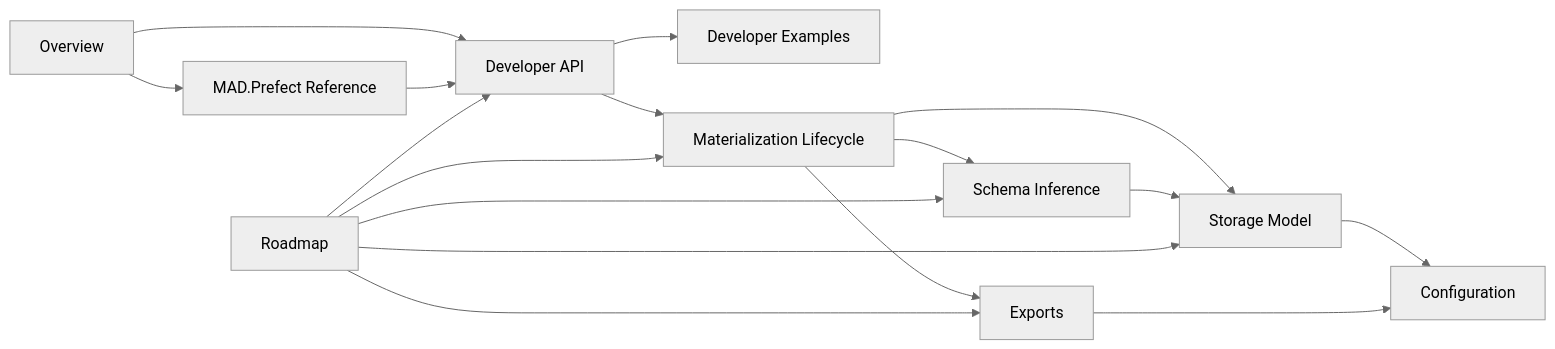
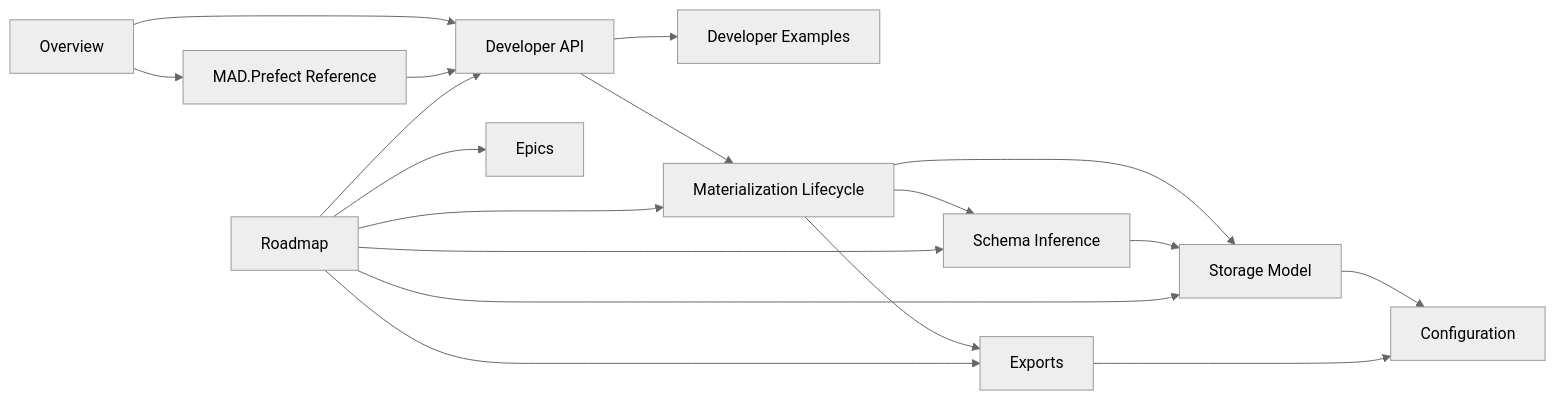
One commit to RFARQ3/assquack changed the diagram in docs/README.md. Above: the diagram before and after it, drawn with Mermaid (neutral theme). The commit also changed other lines of this file and 25 other files, not shown here.

Commit message:
docs(assquack): define MVP architecture and agent workflows

````diff
--- a/docs/README.md
+++ b/docs/README.md
@@ -29,19 +31,20 @@
 ```mermaid
 flowchart LR
   Overview[Overview] --> DeveloperAPI[Developer API]
   DeveloperAPI --> DeveloperExamples[Developer Examples]
   DeveloperAPI --> Materialization[Materialization Lifecycle]
   Materialization --> SchemaInference[Schema Inference]
   Materialization --> StorageModel[Storage Model]
   Materialization --> Exports[Exports]
   SchemaInference --> StorageModel
   StorageModel --> Configuration[Configuration]
   Exports --> Configuration
   Overview --> MADPrefect[MAD.Prefect Reference]
   MADPrefect --> DeveloperAPI
   Roadmap[Roadmap] --> DeveloperAPI
   Roadmap --> Materialization
   Roadmap --> SchemaInference
   Roadmap --> StorageModel
   Roadmap --> Exports
+  Roadmap --> Epics[Epics]
 ```
````
